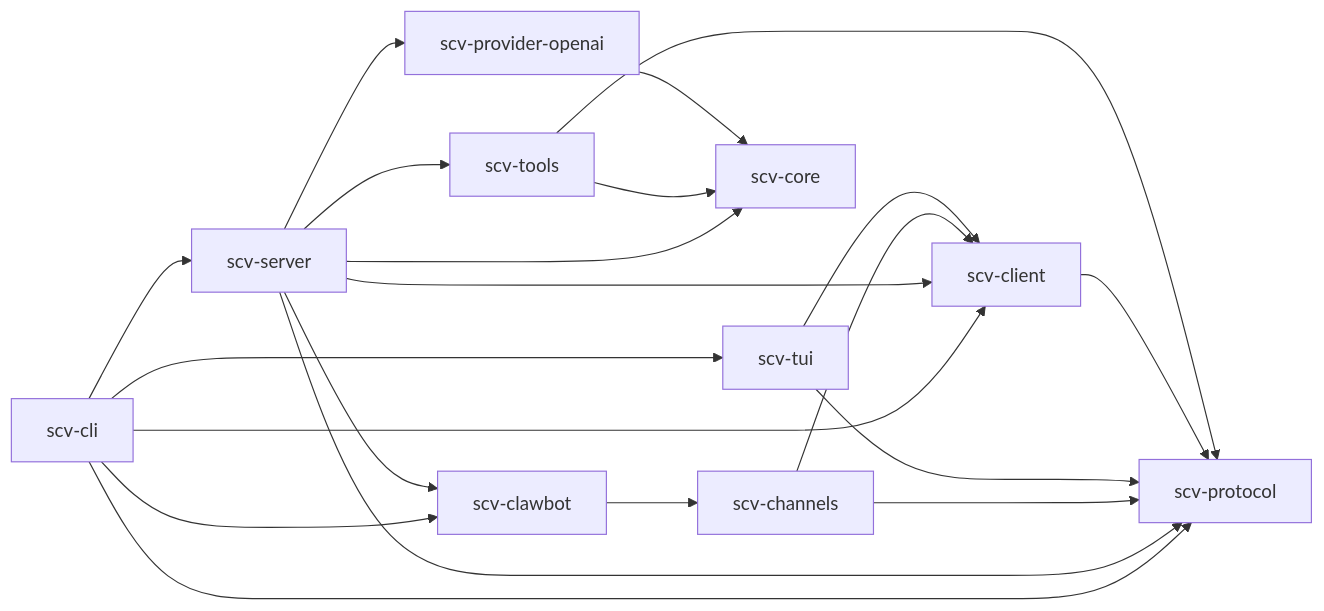
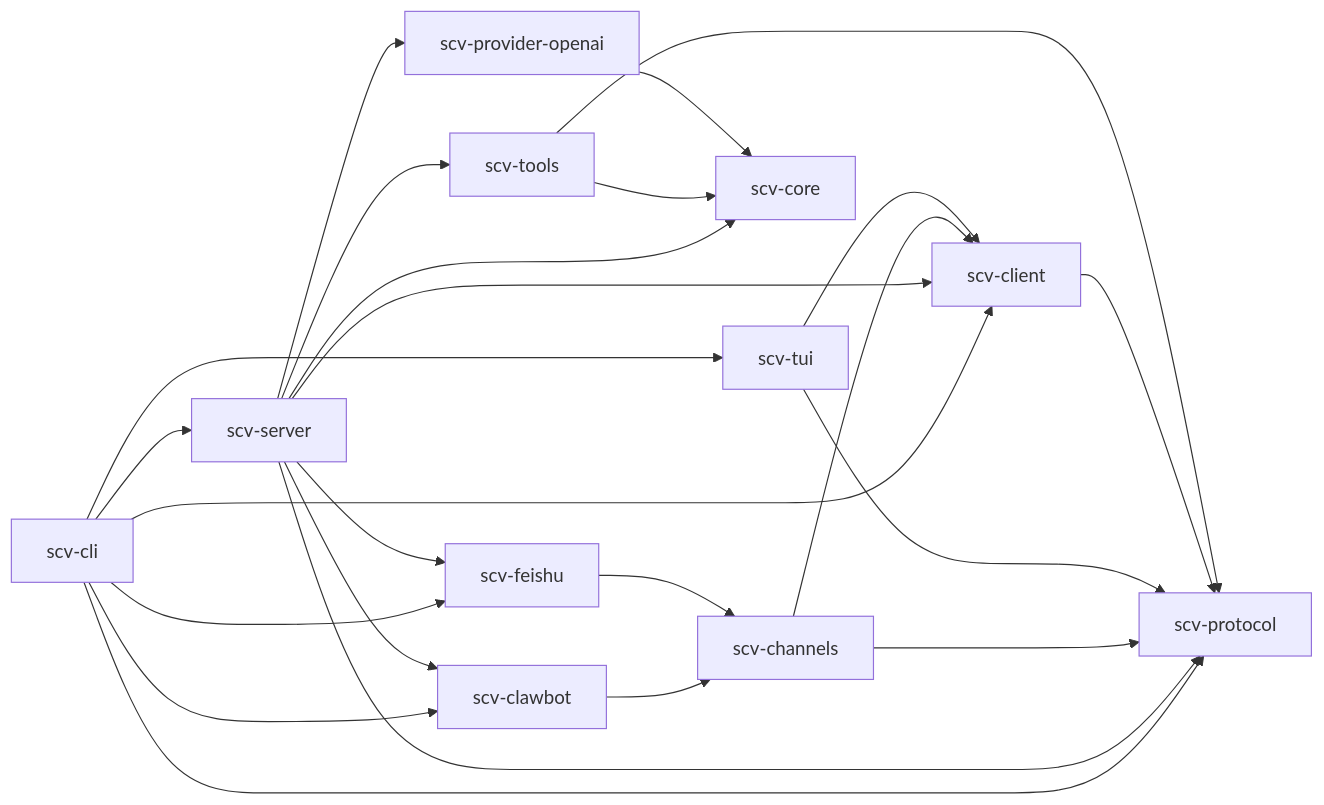
Before and after one commit to PeiyuanQi/scv: the diagram in docs/architecture.md, drawn with Mermaid. The commit also changed other lines of this file and 29 other files, not shown here.

````diff
--- a/docs/architecture.md
+++ b/docs/architecture.md
@@ -15,23 +15,26 @@
 ```mermaid
 flowchart LR
     cli["scv-cli"] --> server["scv-server"]
     cli --> tui["scv-tui"]
     cli --> clawbot["scv-clawbot"]
+    cli --> feishu["scv-feishu"]
     cli --> client["scv-client"]
     cli --> protocol["scv-protocol"]
     server --> clawbot
+    server --> feishu
     server --> client
     server --> protocol
     server --> core["scv-core"]
     server --> tools["scv-tools"]
     server --> provider["scv-provider-openai"]
     clawbot --> channels["scv-channels"]
+    feishu --> channels
     channels --> client
     channels --> protocol
     tui --> client
     tui --> protocol
     client --> protocol
     tools --> core
     tools --> protocol
     provider --> core
 ```
````
